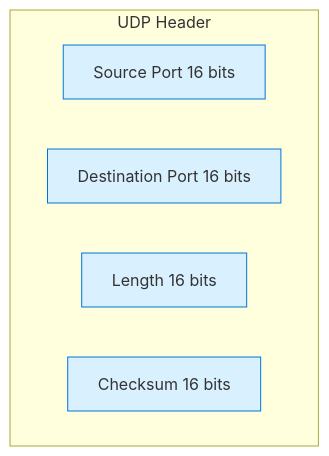
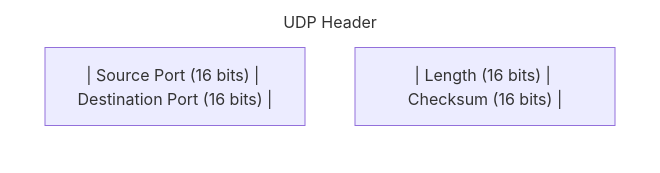
One commit to pavbjj/tcp-ip-deep-dive changed the second of 3 diagrams in headers/headers.md. Above: the diagram before and after it, drawn with Mermaid. The commit also changed other lines of this file, not shown here.

````diff
--- a/headers/headers.md
+++ b/headers/headers.md
@@ -31,11 +29,11 @@
 ``` mermaid
-graph TD
+graph TB
+    style UDP_Header fill:none,stroke:none
+
     subgraph UDP_Header["UDP Header"]
-        A1["Source Port 16 bits"]:::field
-        A2["Destination Port 16 bits"]:::field
-        B1["Length 16 bits"]:::field
-        B2["Checksum 16 bits"]:::field
+        direction TB
+        R1["| Source Port (16 bits) | Destination Port (16 bits) |"]
+        R2["| Length (16 bits) | Checksum (16 bits) |"]
     end
 
-    classDef field fill:#d9f0ff,stroke:#0074D9,stroke-width:1px;
 ```
````
